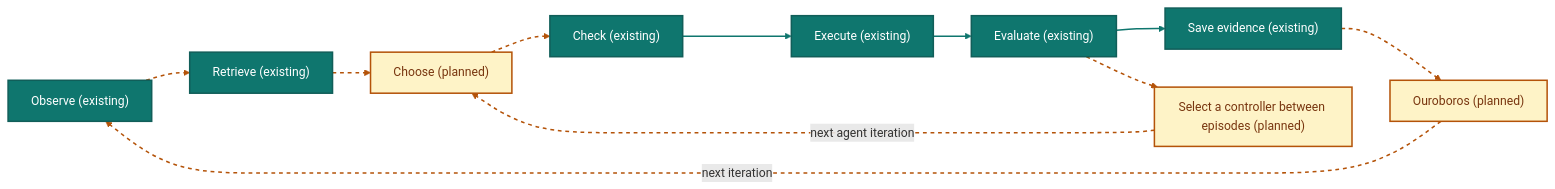
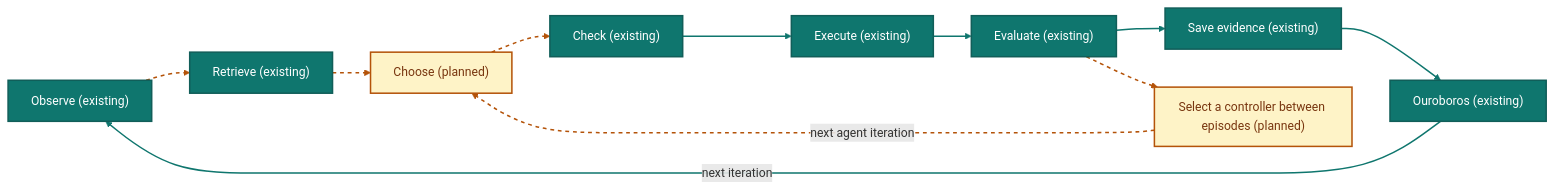
One commit to candacelabs/csf changed the second of 6 diagrams in csf/README.md. Above: the diagram before and after it, drawn with Mermaid. The commit also changed other lines of this file and 1726 other files, not shown here.

````diff
--- a/csf/README.md
+++ b/csf/README.md
@@ -259,36 +259,36 @@
 ```mermaid
 %% Generated from csf/compiler/language/architecture.csf; do not edit.
 %% Documentation model only; status labels do not establish runtime verification.
 flowchart LR
   classDef csf_existing fill:#0F766E,stroke:#115E59,stroke-width:2px,color:#FFFFFF;
   classDef csf_planned fill:#FEF3C7,stroke:#B45309,stroke-width:2px,color:#78350F;
   n_observe["Observe (existing)"]:::csf_existing
   n_retrieve["Retrieve (existing)"]:::csf_existing
   n_choose["Choose (planned)"]:::csf_planned
   n_check["Check (existing)"]:::csf_existing
   n_execute["Execute (existing)"]:::csf_existing
   n_evaluate["Evaluate (existing)"]:::csf_existing
   n_save_evidence["Save evidence (existing)"]:::csf_existing
-  n_ouroboros["Ouroboros (planned)"]:::csf_planned
+  n_ouroboros["Ouroboros (existing)"]:::csf_existing
   n_select_controller["Select a controller between episodes (planned)"]:::csf_planned
   n_observe -.-> n_retrieve
   n_retrieve -.-> n_choose
   n_choose -.-> n_check
   n_check --> n_execute
   n_execute --> n_evaluate
   n_evaluate --> n_save_evidence
   n_evaluate -.-> n_select_controller
   n_select_controller -.->|"next agent iteration"| n_choose
-  n_save_evidence -.-> n_ouroboros
-  n_ouroboros -.->|"next iteration"| n_observe
+  n_save_evidence --> n_ouroboros
+  n_ouroboros -->|"next iteration"| n_observe
   linkStyle 0 stroke:#B45309,stroke-width:2px,stroke-dasharray:5 5
   linkStyle 1 stroke:#B45309,stroke-width:2px,stroke-dasharray:5 5
   linkStyle 2 stroke:#B45309,stroke-width:2px,stroke-dasharray:5 5
   linkStyle 3 stroke:#0F766E,stroke-width:2px
   linkStyle 4 stroke:#0F766E,stroke-width:2px
   linkStyle 5 stroke:#0F766E,stroke-width:2px
   linkStyle 6 stroke:#B45309,stroke-width:2px,stroke-dasharray:5 5
   linkStyle 7 stroke:#B45309,stroke-width:2px,stroke-dasharray:5 5
-  linkStyle 8 stroke:#B45309,stroke-width:2px,stroke-dasharray:5 5
-  linkStyle 9 stroke:#B45309,stroke-width:2px,stroke-dasharray:5 5
+  linkStyle 8 stroke:#0F766E,stroke-width:2px
+  linkStyle 9 stroke:#0F766E,stroke-width:2px
 ```
````
